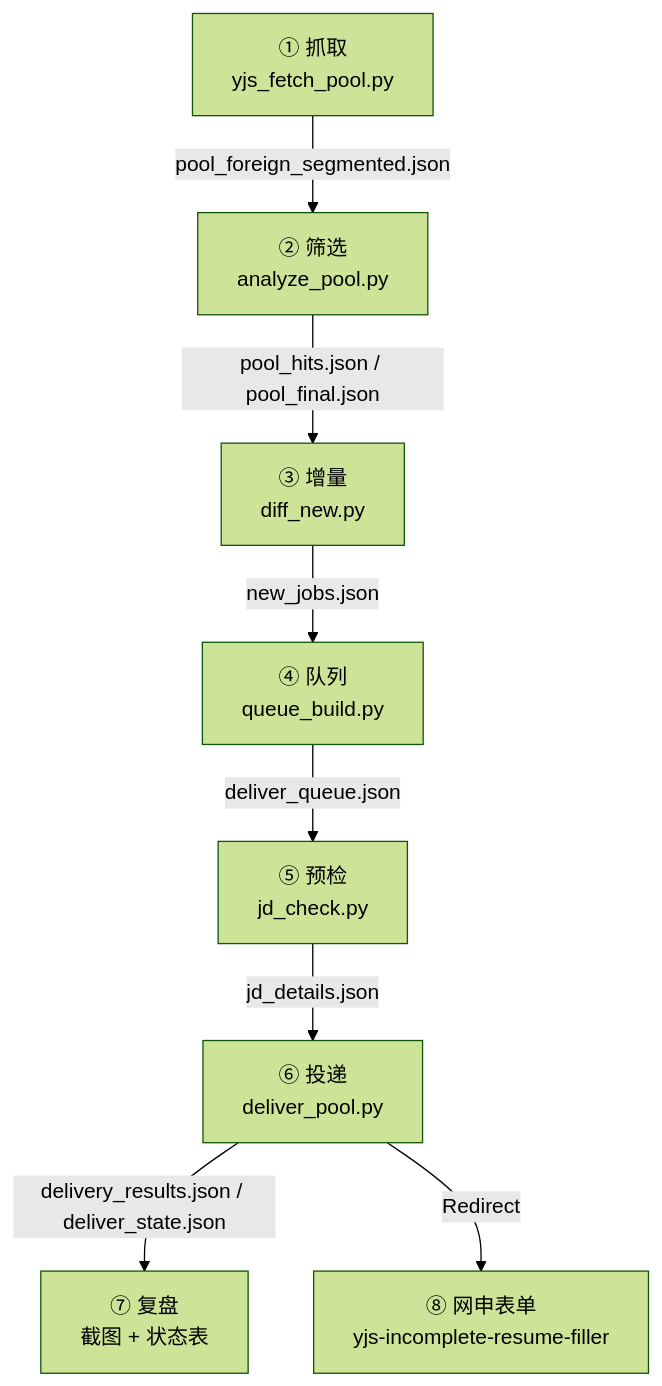
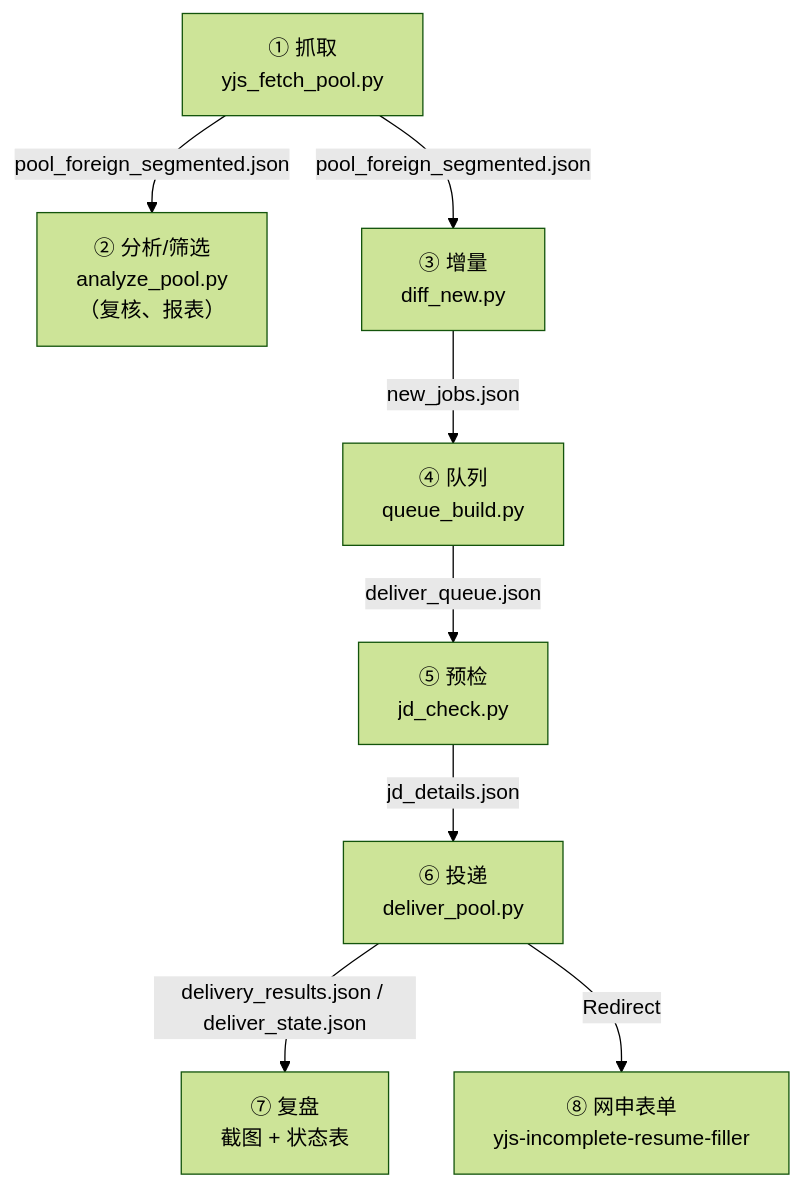
The diagram in docs/workflow.md (784228565/yjs-job-skills), drawn with Mermaid (forest theme) before and after one commit. The commit also changed other lines of this file and 2 other files, not shown here.

Commit message:
docs: 修正数据流（analyze 为旁路，diff 直读全量池）

````diff
--- a/docs/workflow.md
+++ b/docs/workflow.md
@@ -5,10 +5,10 @@
 ```mermaid
 flowchart TD
-  S1["① 抓取<br/>yjs_fetch_pool.py"] -->|pool_foreign_segmented.json| S2["② 筛选<br/>analyze_pool.py"]
-  S2 -->|pool_hits.json / pool_final.json| S3["③ 增量<br/>diff_new.py"]
+  S1["① 抓取<br/>yjs_fetch_pool.py"] -->|pool_foreign_segmented.json| S2["② 分析/筛选<br/>analyze_pool.py<br/>（复核、报表）"]
+  S1 -->|pool_foreign_segmented.json| S3["③ 增量<br/>diff_new.py"]
   S3 -->|new_jobs.json| S4["④ 队列<br/>queue_build.py"]
   S4 -->|deliver_queue.json| S5["⑤ 预检<br/>jd_check.py"]
   S5 -->|jd_details.json| S6["⑥ 投递<br/>deliver_pool.py"]
   S6 -->|delivery_results.json / deliver_state.json| S7["⑦ 复盘<br/>截图 + 状态表"]
   S6 -->|Redirect| S8["⑧ 网申表单<br/>yjs-incomplete-resume-filler"]
 ```
````
